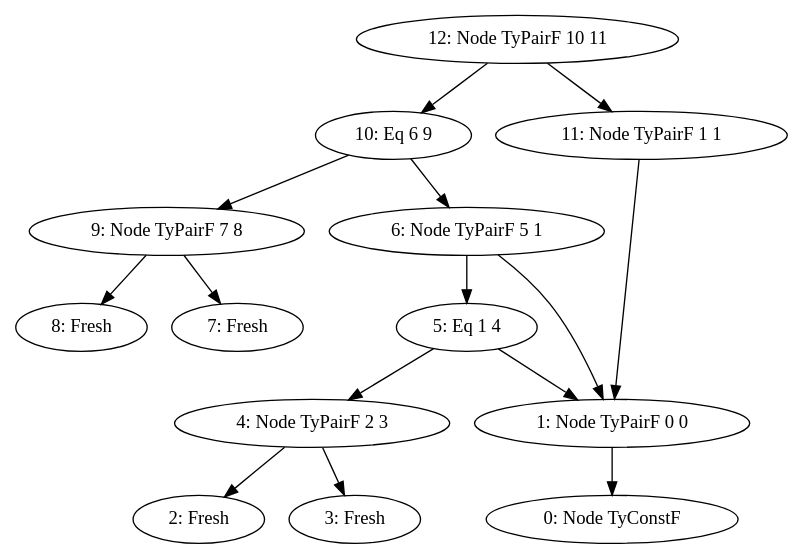
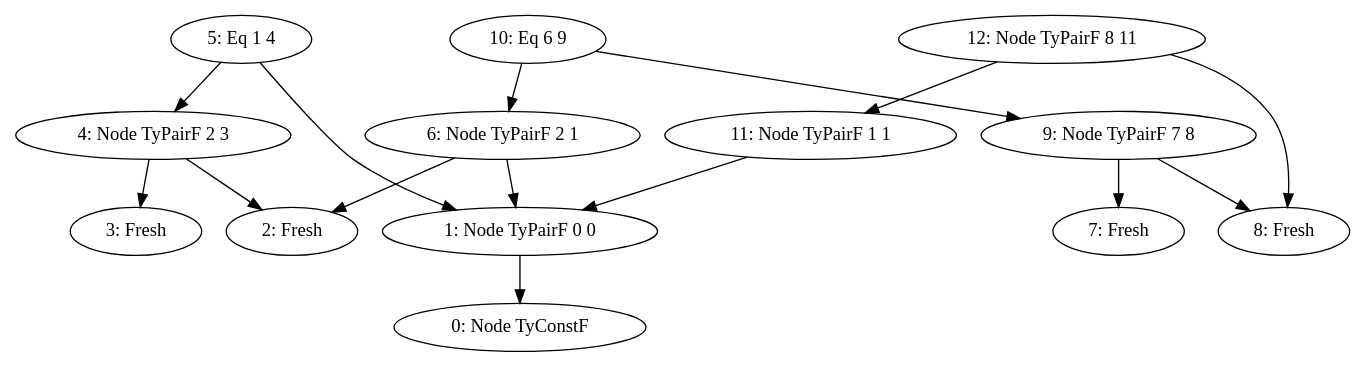
The diagram in dot/exponential-initial.dot (ejconlon/uniter), drawn with Graphviz before and after one commit. The commit also changed 13 other files, not shown here.

```diff
--- a/dot/exponential-initial.dot
+++ b/dot/exponential-initial.dot
@@ -1,30 +1,30 @@
 digraph 
 {
   "0" [label="0: Node TyConstF"]
   "1" [label="1: Node TyPairF 0 0"]
   "2" [label="2: Fresh"]
   "3" [label="3: Fresh"]
   "4" [label="4: Node TyPairF 2 3"]
   "5" [label="5: Eq 1 4"]
-  "6" [label="6: Node TyPairF 5 1"]
+  "6" [label="6: Node TyPairF 2 1"]
   "7" [label="7: Fresh"]
   "8" [label="8: Fresh"]
   "9" [label="9: Node TyPairF 7 8"]
   "10" [label="10: Eq 6 9"]
   "11" [label="11: Node TyPairF 1 1"]
-  "12" [label="12: Node TyPairF 10 11"]
+  "12" [label="12: Node TyPairF 8 11"]
   "1" -> "0"
   "4" -> "2"
   "4" -> "3"
   "5" -> "1"
   "5" -> "4"
   "6" -> "1"
-  "6" -> "5"
+  "6" -> "2"
   "9" -> "7"
   "9" -> "8"
   "10" -> "6"
   "10" -> "9"
   "11" -> "1"
-  "12" -> "10"
+  "12" -> "8"
   "12" -> "11"
 }
```
